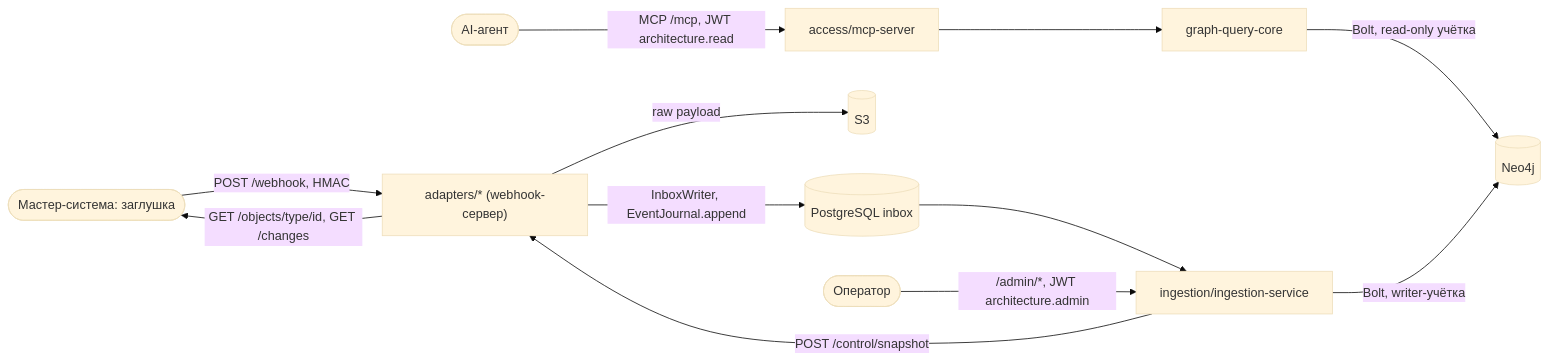
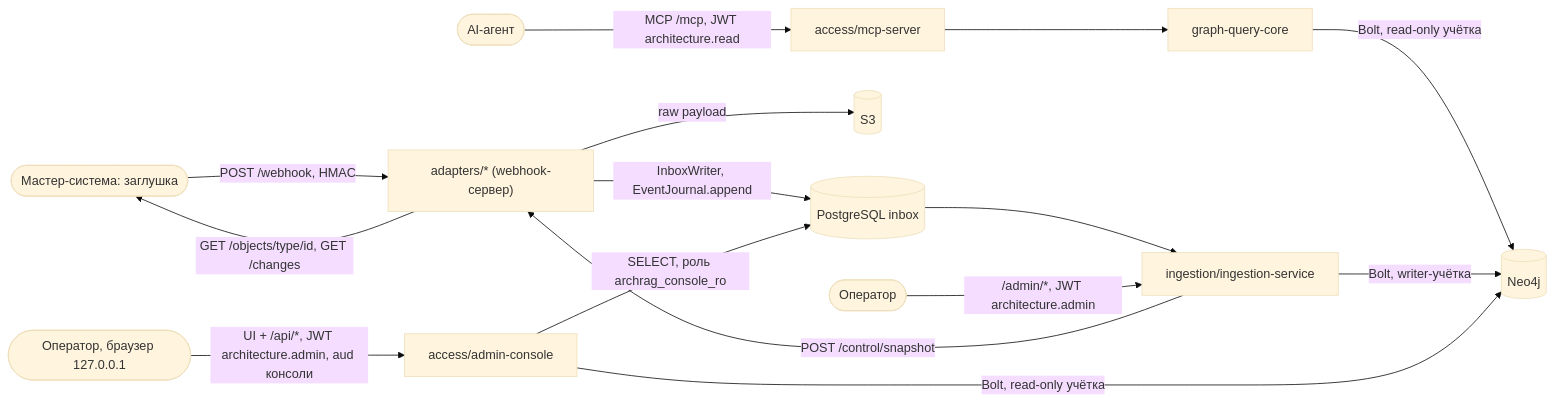
The first of 3 diagrams in docs/03-interfaces.md (Unlocker/architecture-rag), drawn with Mermaid (base theme) before and after one commit. The commit also changed other lines of this file and 5 other files, not shown here.

````diff
--- a/docs/03-interfaces.md
+++ b/docs/03-interfaces.md
@@ -7,15 +7,19 @@
 ```mermaid
 flowchart LR
     agent([AI-агент]) -->|"MCP /mcp, JWT architecture.read"| mcp[access/mcp-server]
     mcp --> gqc[graph-query-core]
     gqc -->|"Bolt, read-only учётка"| neo[(Neo4j)]
 
     ms([Мастер-система: заглушка]) -->|"POST /webhook, HMAC"| adp["adapters/* (webhook-сервер)"]
     adp -->|"GET /objects/type/id, GET /changes"| ms
     adp -->|"raw payload"| s3[(S3)]
     adp -->|"InboxWriter, EventJournal.append"| pg[(PostgreSQL inbox)]
     pg --> ing[ingestion/ingestion-service]
     ing -->|"Bolt, writer-учётка"| neo
     op([Оператор]) -->|"/admin/*, JWT architecture.admin"| ing
     ing -->|"POST /control/snapshot"| adp
+
+    adm([Оператор, браузер 127.0.0.1]) -->|"UI + /api/*, JWT architecture.admin, aud консоли"| con[access/admin-console]
+    con -->|"Bolt, read-only учётка"| neo
+    con -->|"SELECT, роль archrag_console_ro"| pg
 ```
````
